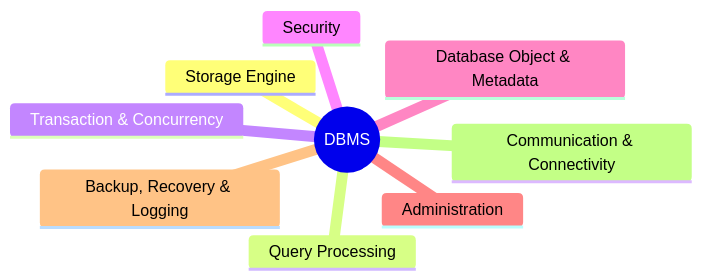
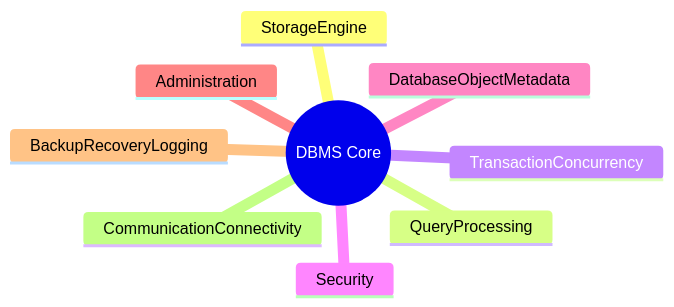
One commit to Ricky13170/DBMS changed the first of 2 diagrams in README.md. Above: the diagram before and after it, drawn with Mermaid. The commit also changed other lines of this file, not shown here.

````diff
--- a/README.md
+++ b/README.md
@@ -12,12 +9,12 @@
 ```mermaid
 mindmap
-  root((DBMS))
-    Storage Engine
-    Query Processing
-    Transaction & Concurrency
+  root((DBMS Core))
+    StorageEngine
+    QueryProcessing
+    TransactionConcurrency
     Security
-    Database Object & Metadata
+    DatabaseObjectMetadata
     Administration
-    Backup, Recovery & Logging
-    Communication & Connectivity
+    BackupRecoveryLogging
+    CommunicationConnectivity
 ```
````
